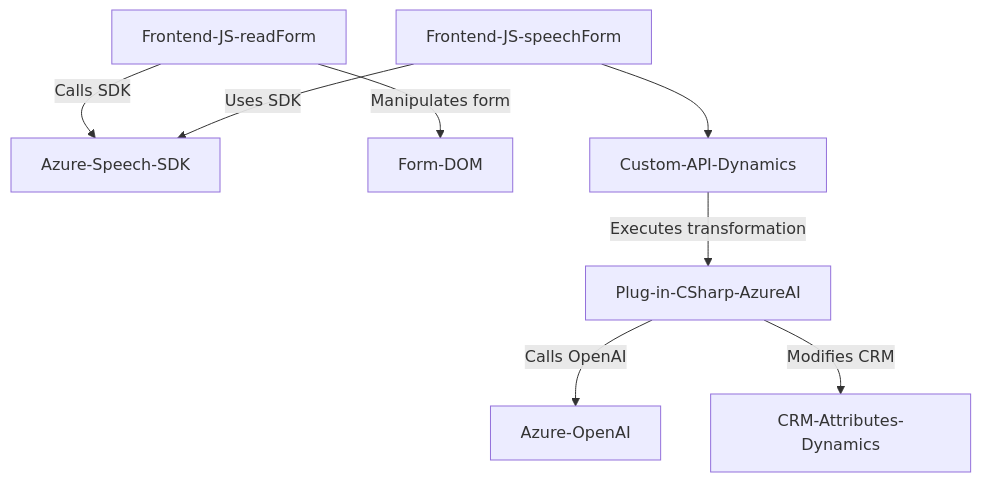
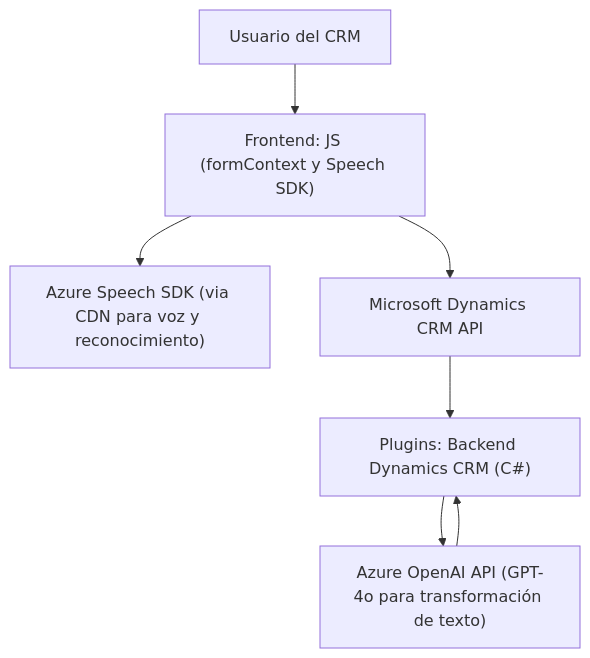
The diagram in README.md (blopezdm/NETCORE_BILBAO2025), drawn with Mermaid before and after one commit. The commit also changed other lines of this file, not shown here.

````diff
--- a/README.md
+++ b/README.md
@@ -40,10 +42,16 @@
 ```mermaid
 graph TD
-A[Frontend-JS-readForm] -->|Calls SDK| B[Azure-Speech-SDK]
-A -->|Manipulates form| C[Form-DOM]
-D[Frontend-JS-speechForm] -->|Uses SDK| B[Azure-Speech-SDK]
-D --> E["Custom-API-Dynamics"]
-E -->|Executes transformation| F[Plug-in-CSharp-AzureAI]
-F -->|Calls OpenAI| G[Azure-OpenAI]
-F -->|Modifies CRM| H[CRM-Attributes-Dynamics]
+    A["Frontend: JS (formContext y Speech SDK)"]
+    B["Azure Speech SDK (via CDN para voz y reconocimiento)"]
+    C["Plugins: Backend Dynamics CRM (C#)"]
+    D["Azure OpenAI API (GPT-4o para transformación de texto)"]
+    E["Microsoft Dynamics CRM API"]
+    F["Usuario del CRM"]
+
+    F --> A
+    A --> B
+    A --> E
+    E --> C
+    C --> D
+    D --> C
 ```
````
